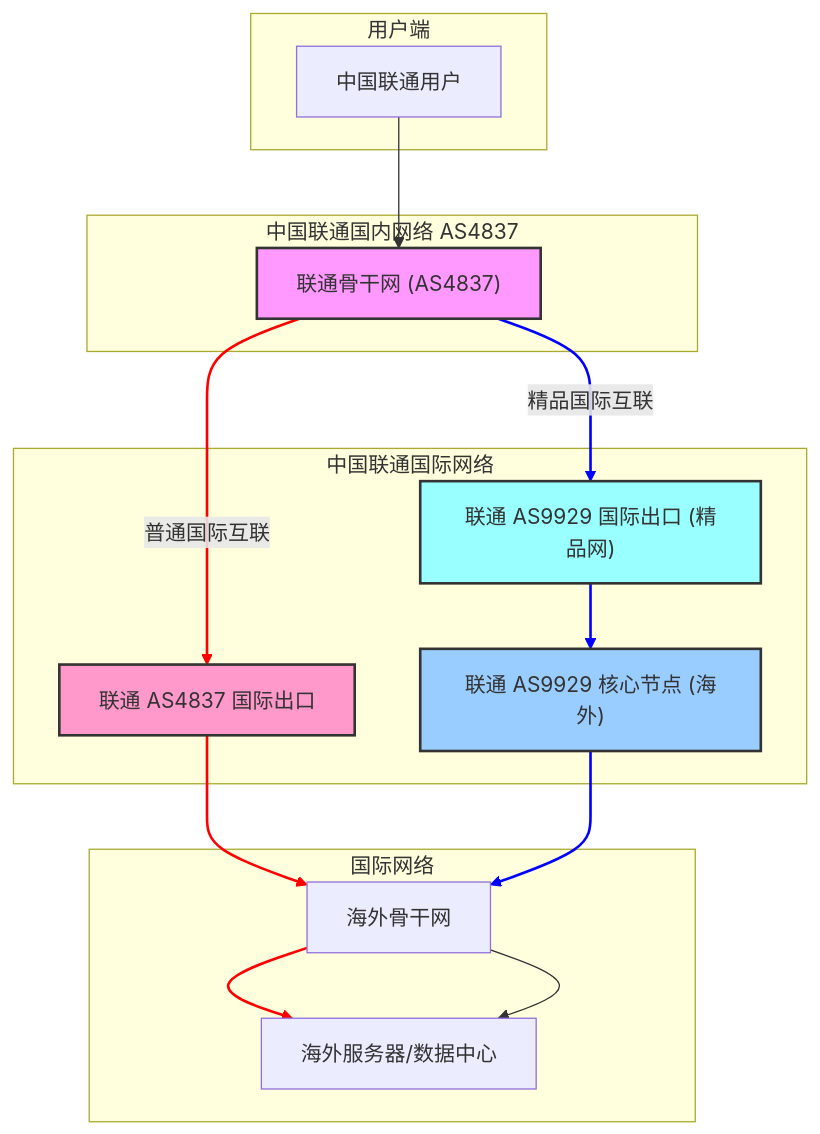
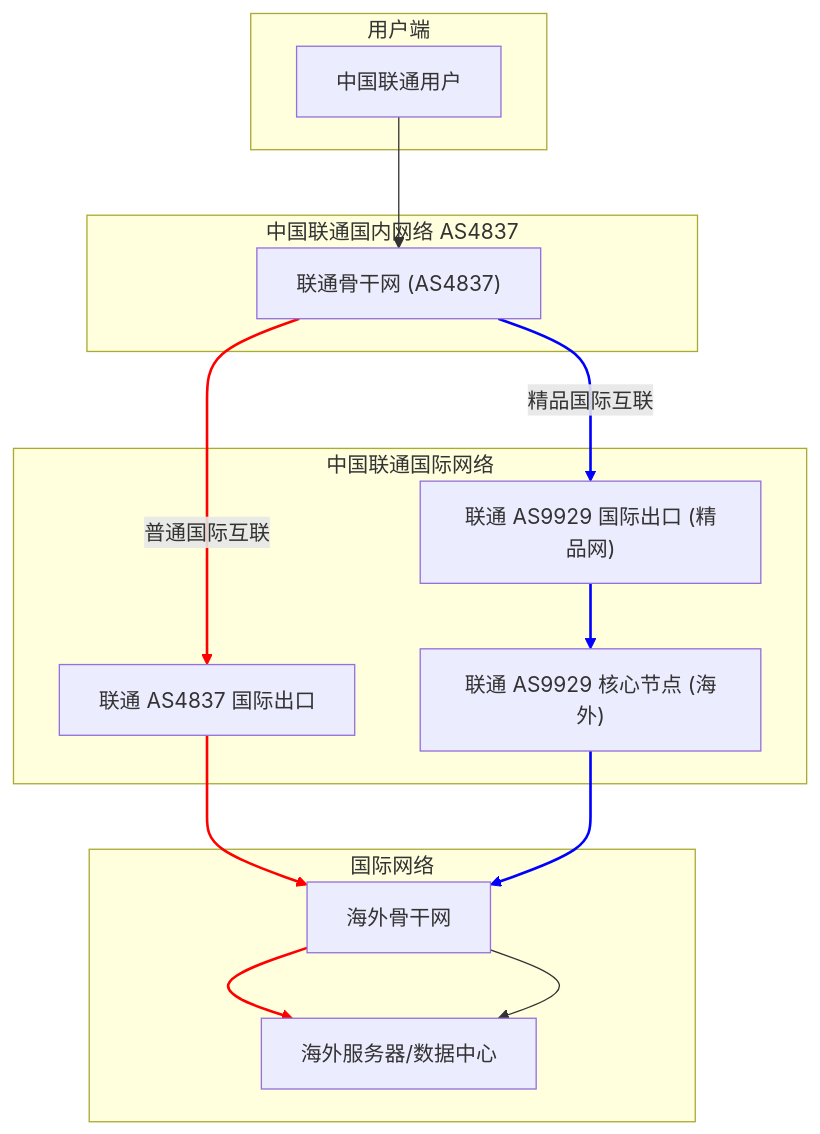
The diagram in source/_posts/2024/2024-03-20_中国联通 AS4837 AS9929 网络详解.md (teatang/t-blog), drawn with Mermaid before and after one commit. The commit also changed 24 other files, not shown here.

```diff
--- a/source/_posts/2024/2024-03-20_中国联通 AS4837 AS9929 网络详解.md
+++ b/source/_posts/2024/2024-03-20_中国联通 AS4837 AS9929 网络详解.md
@@ -137,44 +137,39 @@
 {% mermaid %}
 graph TD
     subgraph 用户端
         A[中国联通用户]
     end
 
     subgraph 中国联通国内网络 AS4837
         B["联通骨干网 (AS4837)"]
     end
 
     subgraph 中国联通国际网络
         C[联通 AS4837 国际出口]
         D["联通 AS9929 国际出口 (精品网)"]
         E["联通 AS9929 核心节点 (海外)"]
     end
 
     subgraph 国际网络
         F[海外骨干网]
         G[海外服务器/数据中心]
     end
 
     A --> B
     B -- 普通国际互联 --> C
     C --> F
     F --> G
 
     B -- 精品国际互联 --> D
     D --> E
     E --> F
     F --> G
 
-    style B fill:#f9f,stroke:#333,stroke-width:2px;
-    style C fill:#f9c,stroke:#333,stroke-width:2px;
-    style D fill:#9ff,stroke:#333,stroke-width:2px;
-    style E fill:#9cf,stroke:#333,stroke-width:2px;
-
     linkStyle 1 stroke:red,stroke-width:2px,fill:none;
     linkStyle 2 stroke:red,stroke-width:2px,fill:none;
     linkStyle 3 stroke:red,stroke-width:2px,fill:none;
 
     linkStyle 4 stroke:blue,stroke-width:2px,fill:none;
     linkStyle 5 stroke:blue,stroke-width:2px,fill:none;
     linkStyle 6 stroke:blue,stroke-width:2px,fill:none;
 {% endmermaid %}
```
